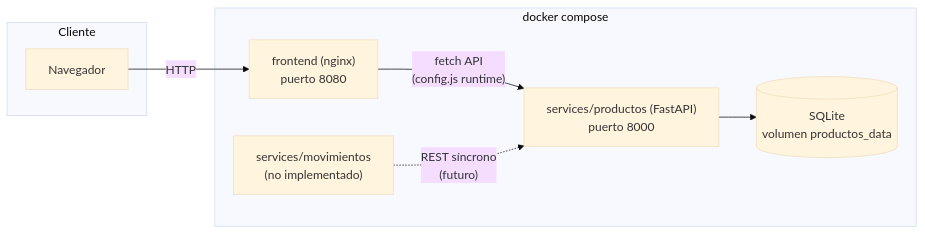
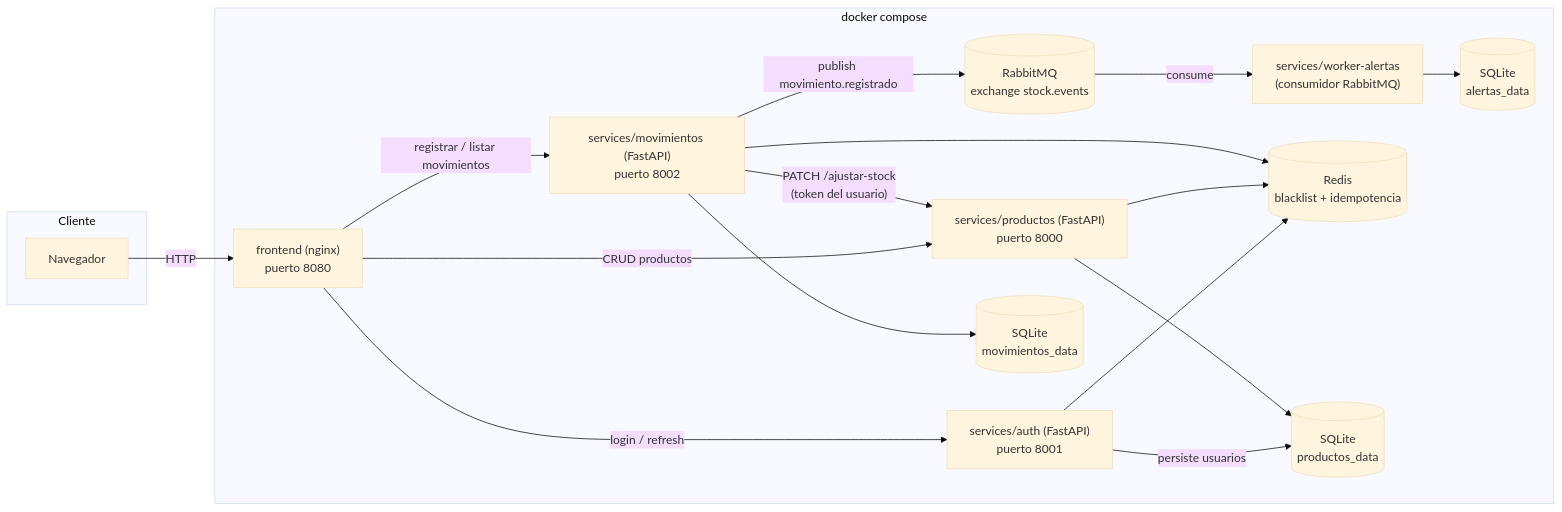
The first of 5 diagrams in docs/ARQUITECTURA.md (sebasado77062/Gestor_de_stock_jugueteria), drawn with Mermaid (base theme) before and after one commit. The commit also changed other lines of this file and 4 other files, not shown here.

Commit message:
docs: arquitectura, README y OpenAPI de movimientos actualizados

````diff
--- a/docs/ARQUITECTURA.md
+++ b/docs/ARQUITECTURA.md
@@ -5,18 +5,37 @@
 ```mermaid
 flowchart LR
     subgraph Cliente
         Browser["Navegador"]
     end
 
     subgraph Docker["docker compose"]
         FE["frontend (nginx)<br/>puerto 8080"]
+        AUTH["services/auth (FastAPI)<br/>puerto 8001"]
         PROD["services/productos (FastAPI)<br/>puerto 8000"]
-        MOV["services/movimientos<br/>(no implementado)"]
-        DB[("SQLite<br/>volumen productos_data")]
+        MOV["services/movimientos (FastAPI)<br/>puerto 8002"]
+        WORKER["services/worker-alertas<br/>(consumidor RabbitMQ)"]
+        REDIS[("Redis<br/>blacklist + idempotencia")]
+        RABBIT[("RabbitMQ<br/>exchange stock.events")]
+        DB_PROD[("SQLite<br/>productos_data")]
+        DB_MOV[("SQLite<br/>movimientos_data")]
+        DB_ALERTAS[("SQLite<br/>alertas_data")]
     end
 
     Browser -->|HTTP| FE
-    FE -->|"fetch API<br/>(config.js runtime)"| PROD
-    PROD --> DB
-    MOV -.->|"REST síncrono<br/>(futuro)"| PROD
+    FE -->|"login / refresh"| AUTH
+    FE -->|"CRUD productos"| PROD
+    FE -->|"registrar / listar movimientos"| MOV
+
+    AUTH --> REDIS
+    PROD --> REDIS
+    MOV --> REDIS
+
+    MOV -->|"PATCH /ajustar-stock<br/>(token del usuario)"| PROD
+    MOV -->|"publish movimiento.registrado"| RABBIT
+    RABBIT -->|"consume"| WORKER
+
+    AUTH -->|"persiste usuarios"| DB_PROD
+    PROD --> DB_PROD
+    MOV --> DB_MOV
+    WORKER --> DB_ALERTAS
 ```
````
